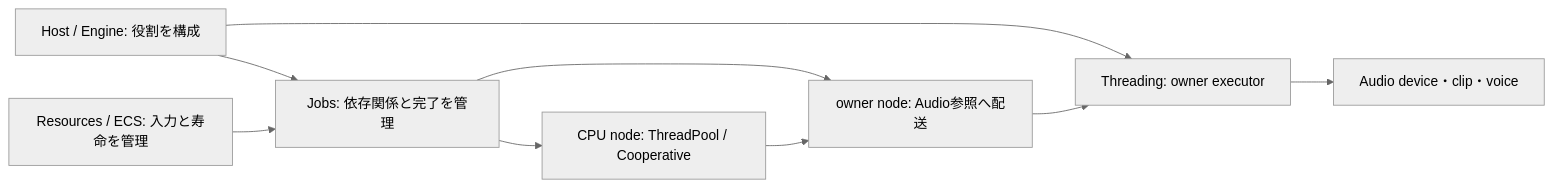
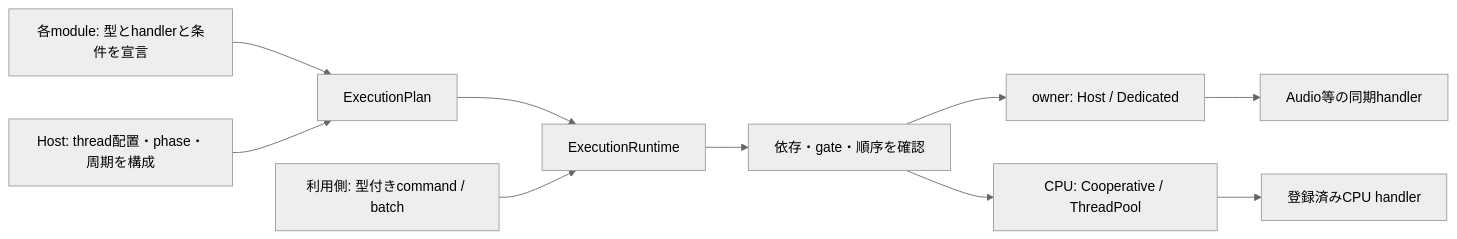
The first of 2 diagrams in docs/adr/core/CORE-0003-execution-and-jobs.md (ikihiki/Lumyte), drawn with Mermaid (neutral theme) before and after one commit. The commit also changed other lines of this file and 1 other file, not shown here.

Commit message:
docs: declare module work and typed command execution

````diff
--- a/docs/adr/core/CORE-0003-execution-and-jobs.md
+++ b/docs/adr/core/CORE-0003-execution-and-jobs.md
@@ -33,11 +33,12 @@
 ```mermaid
 flowchart LR
-    H[Host / Engine: 役割を構成] --> O[Threading: owner executor]
-    H --> J[Jobs: 依存関係と完了を管理]
-    R[Resources / ECS: 入力と寿命を管理] --> J
-    J --> C[CPU node: ThreadPool / Cooperative]
-    J --> A[owner node: Audio参照へ配送]
-    A --> O
-    O --> B[Audio device・clip・voice]
-    C --> A
+    M[各module: 型とhandlerと条件を宣言] --> P[ExecutionPlan]
+    H[Host: thread配置・phase・周期を構成] --> P
+    P --> R[ExecutionRuntime]
+    C[利用側: 型付きcommand / batch] --> R
+    R --> S[依存・gate・順序を確認]
+    S --> O[owner: Host / Dedicated]
+    S --> J[CPU: Cooperative / ThreadPool]
+    O --> A[Audio等の同期handler]
+    J --> B[登録済みCPU handler]
 ```
````
